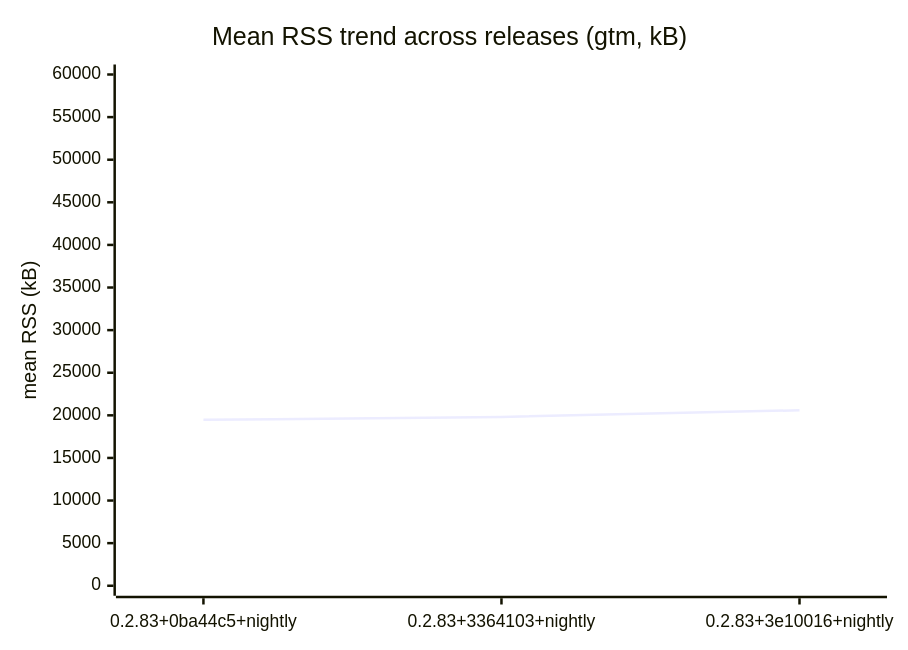
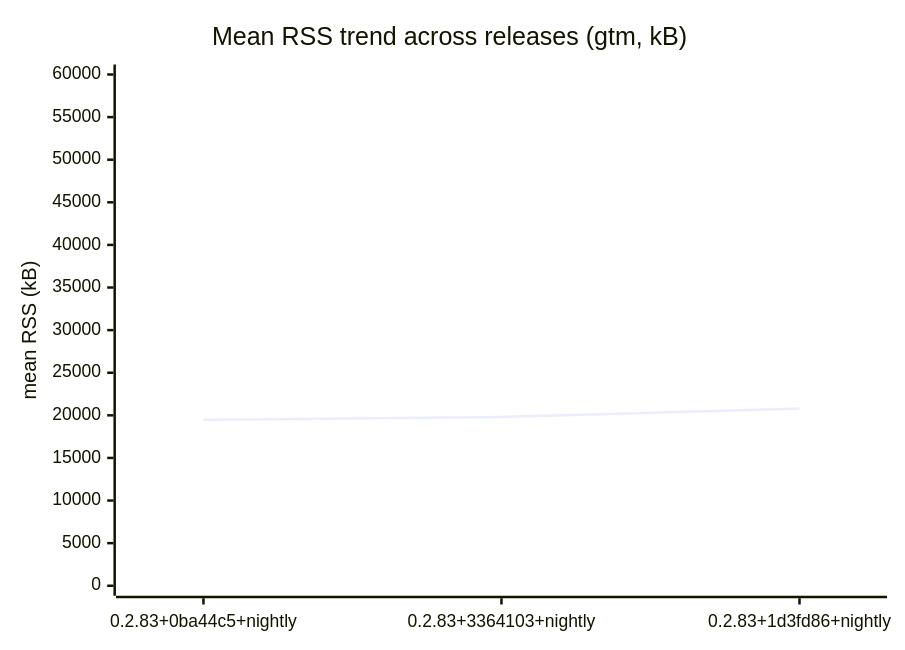
Before and after one commit to prjctimg/gtm.rs: the second of 3 diagrams in BENCHMARK.md, drawn with Mermaid. The commit also changed other lines of this file and 1 other file, not shown here.

Commit message:
bench: results for 0.2.83+1d3fd86+nightly [skip nightly]

````diff
--- a/BENCHMARK.md
+++ b/BENCHMARK.md
@@ -37,7 +37,7 @@
 ```mermaid
 xychart-beta
   title "Mean RSS trend across releases (gtm, kB)"
-  x-axis [0.2.83+0ba44c5+nightly, 0.2.83+3364103+nightly, 0.2.83+3e10016+nightly]
+  x-axis [0.2.83+0ba44c5+nightly, 0.2.83+3364103+nightly, 0.2.83+1d3fd86+nightly]
   y-axis "mean RSS (kB)" 0 --> 60000
-  line [19469,19817,20593]
+  line [19469,19817,20805]
 ```
````
